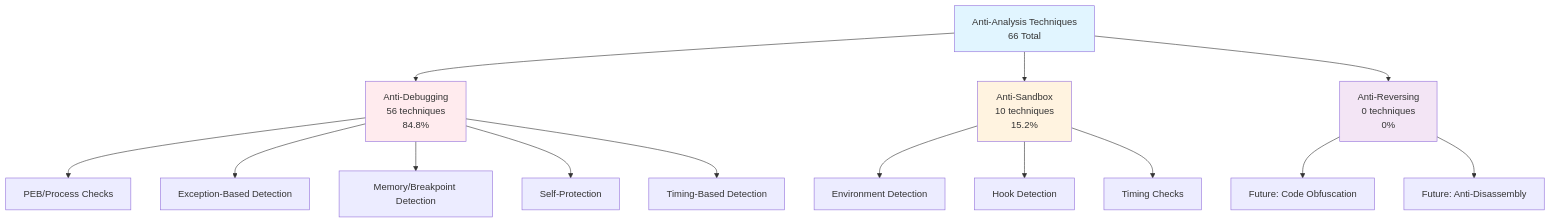
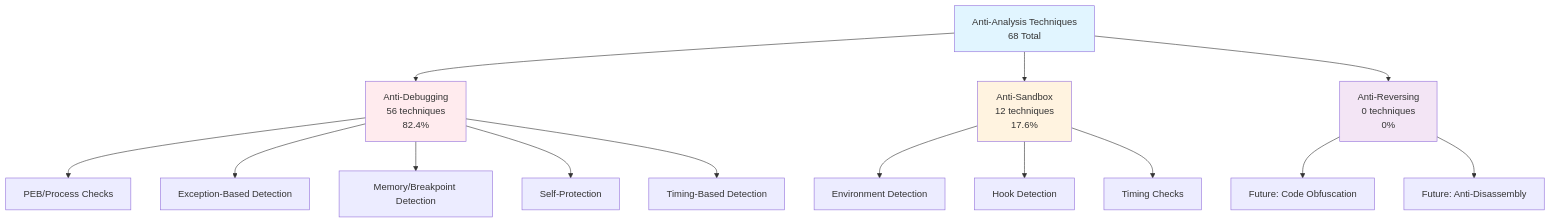
The first of 8 diagrams in docs/diagrams/taxonomy.md (mabj/anti), drawn with Mermaid before and after one commit. The commit also changed other lines of this file and 11 other files, not shown here.

Commit message:
Adding 2 time-based anti-sandbox techniques AS011 and AS012

````diff
--- a/docs/diagrams/taxonomy.md
+++ b/docs/diagrams/taxonomy.md
@@ -7,24 +7,24 @@
 ```mermaid
 graph TB
-    A[Anti-Analysis Techniques<br/>66 Total] --> B[Anti-Debugging<br/>56 techniques<br/>84.8%]
-    A --> C[Anti-Sandbox<br/>10 techniques<br/>15.2%]
+    A[Anti-Analysis Techniques<br/>68 Total] --> B[Anti-Debugging<br/>56 techniques<br/>82.4%]
+    A --> C[Anti-Sandbox<br/>12 techniques<br/>17.6%]
     A --> D[Anti-Reversing<br/>0 techniques<br/>0%]
 
     B --> B1[PEB/Process Checks]
     B --> B2[Exception-Based Detection]
     B --> B3[Memory/Breakpoint Detection]
     B --> B4[Self-Protection]
     B --> B5[Timing-Based Detection]
 
     C --> C1[Environment Detection]
     C --> C2[Hook Detection]
     C --> C3[Timing Checks]
 
     D --> D1[Future: Code Obfuscation]
     D --> D2[Future: Anti-Disassembly]
 
     style A fill:#e1f5ff
     style B fill:#ffebee
     style C fill:#fff3e0
     style D fill:#f3e5f5
 ```
````
